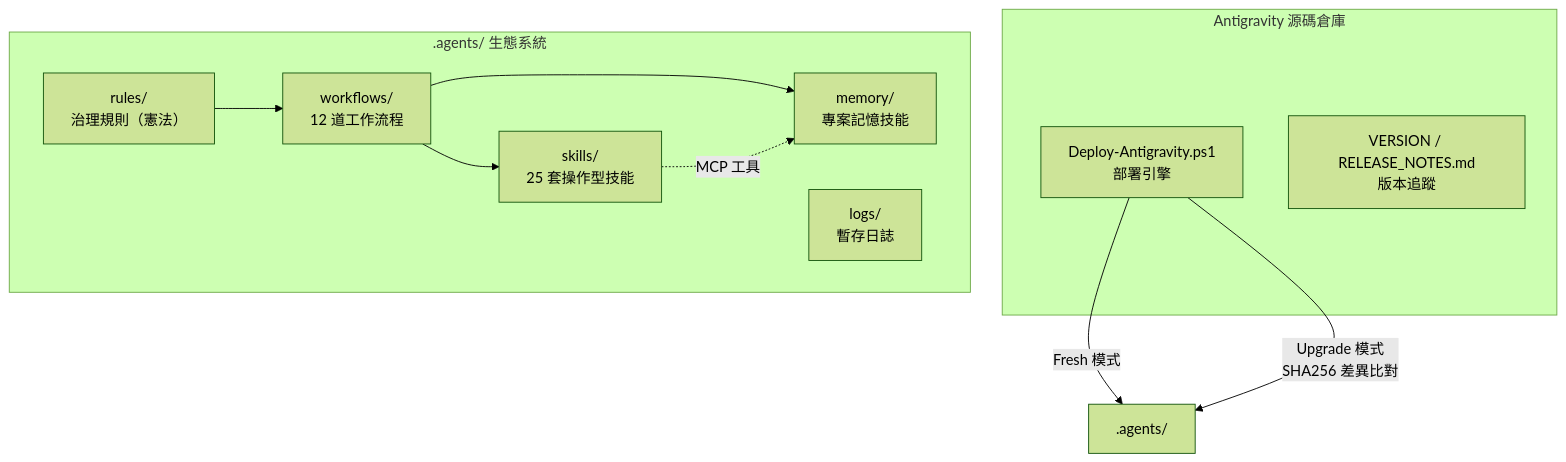
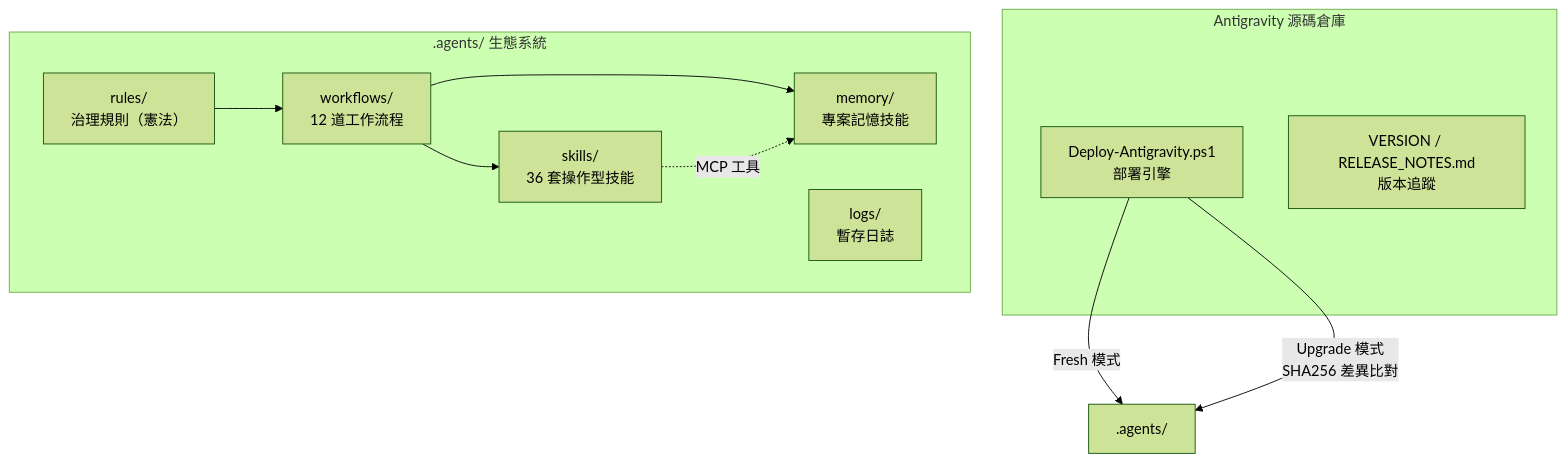
Before and after one commit to Kunshao1117/AI_Rules: the first of 3 diagrams in Antigravity/README.md, drawn with Mermaid (forest theme). The commit also changed other lines of this file and 119 other files, not shown here.

First line of the commit message:
feat(architecture): 雙 AI 系統記憶架構整合與 Claude 版升級

````diff
--- a/Antigravity/README.md
+++ b/Antigravity/README.md
@@ -56,23 +56,23 @@
 ```mermaid
 graph TB
     subgraph "Antigravity 源碼倉庫"
         DEPLOY["Deploy-Antigravity.ps1<br/>部署引擎"]
         VERSION["VERSION / RELEASE_NOTES.md<br/>版本追蹤"]
     end
 
     subgraph ".agents/ 生態系統"
         RULES["rules/<br/>治理規則（憲法）"]
         WF["workflows/<br/>12 道工作流程"]
-        SKILLS["skills/<br/>25 套操作型技能"]
+        SKILLS["skills/<br/>36 套操作型技能"]
         MEM["memory/<br/>專案記憶技能"]
         LOGS["logs/<br/>暫存日誌"]
     end
 
     DEPLOY -->|"Fresh 模式"| .agents/
     DEPLOY -->|"Upgrade 模式<br/>SHA256 差異比對"| .agents/
 
     RULES --> WF
     WF --> SKILLS
     WF --> MEM
     SKILLS -.->|"MCP 工具"| MEM
 ```
````
